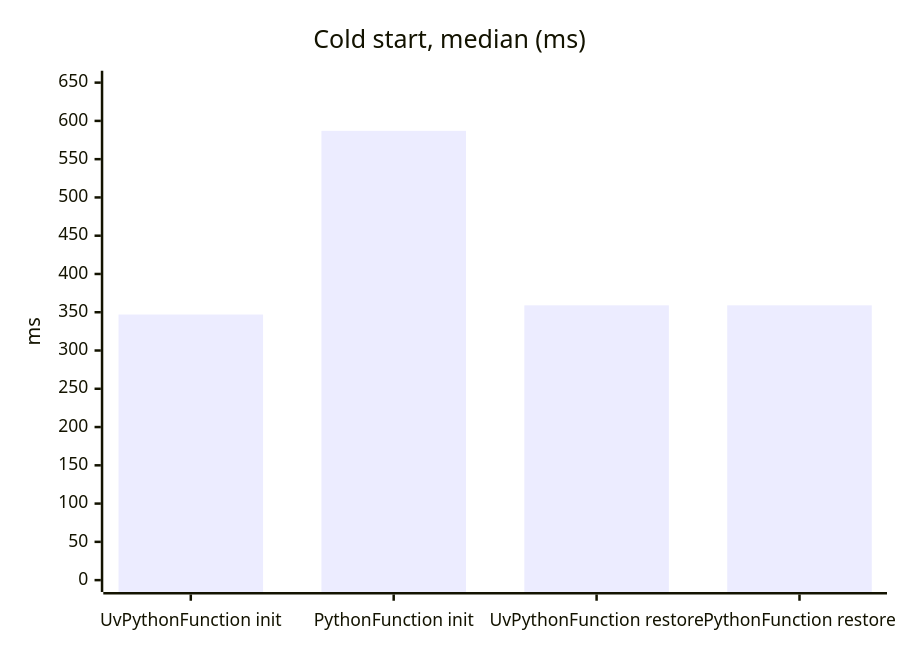
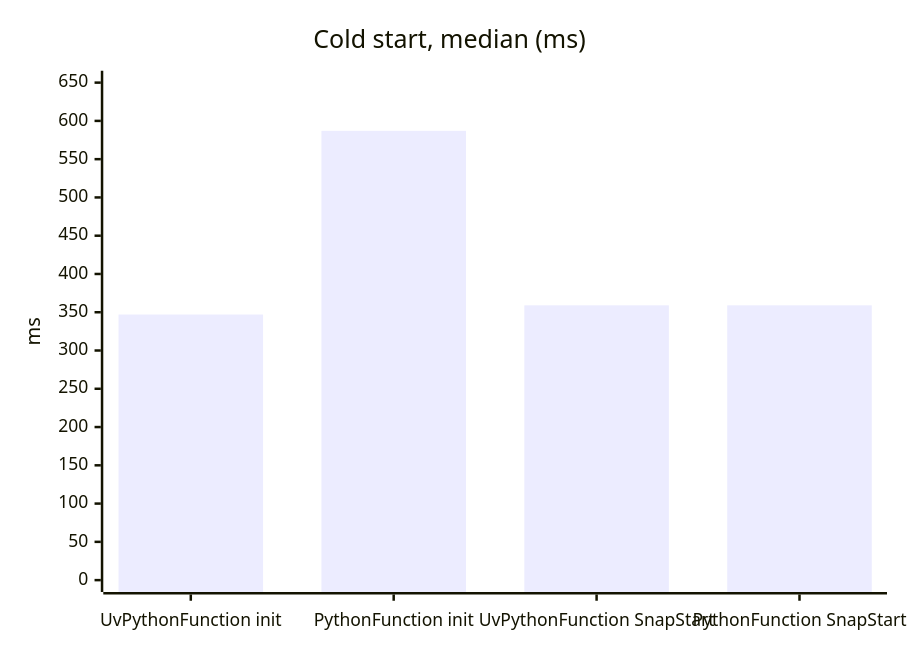
One commit to garysassano/aws-examples changed the first of 2 diagrams in cdk/lambda-python-uv-enhanced/README.md. Above: the diagram before and after it, drawn with Mermaid. The commit also changed other lines of this file and 1 other file, not shown here.

Commit message:
feat(cdk/lambda-python-uv-enhanced): leave SnapStart off and keep its numbers as a comparison

````diff
--- a/cdk/lambda-python-uv-enhanced/README.md
+++ b/cdk/lambda-python-uv-enhanced/README.md
@@ -30,7 +31,7 @@
 ```mermaid
 xychart-beta
   title "Cold start, median (ms)"
-  x-axis ["UvPythonFunction init", "PythonFunction init", "UvPythonFunction restore", "PythonFunction restore"]
+  x-axis ["UvPythonFunction init", "PythonFunction init", "UvPythonFunction SnapStart", "PythonFunction SnapStart"]
   y-axis "ms" 0 --> 650
   bar [347, 587, 359, 359]
 ```
````
